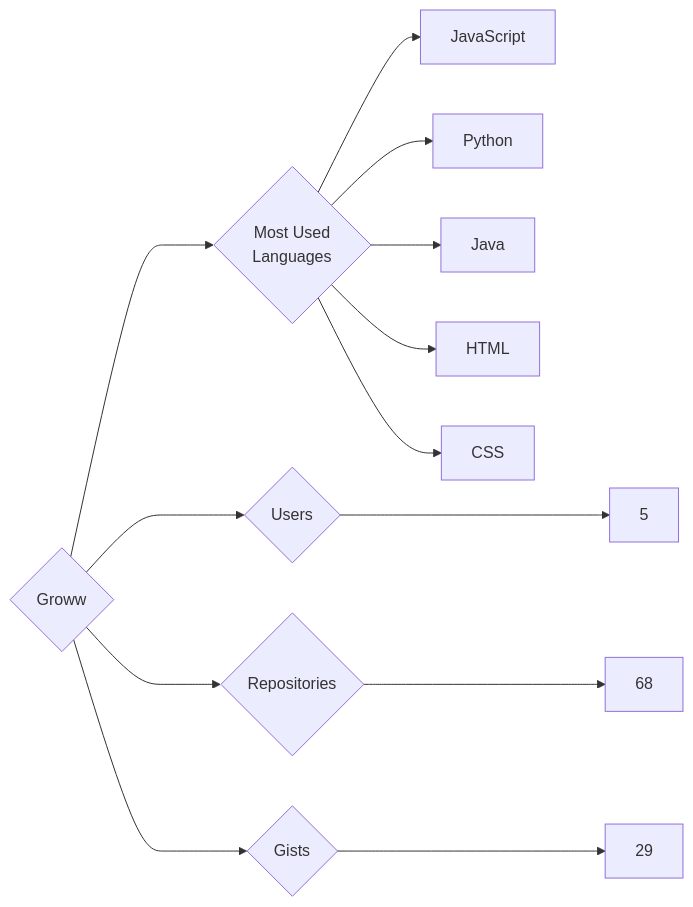
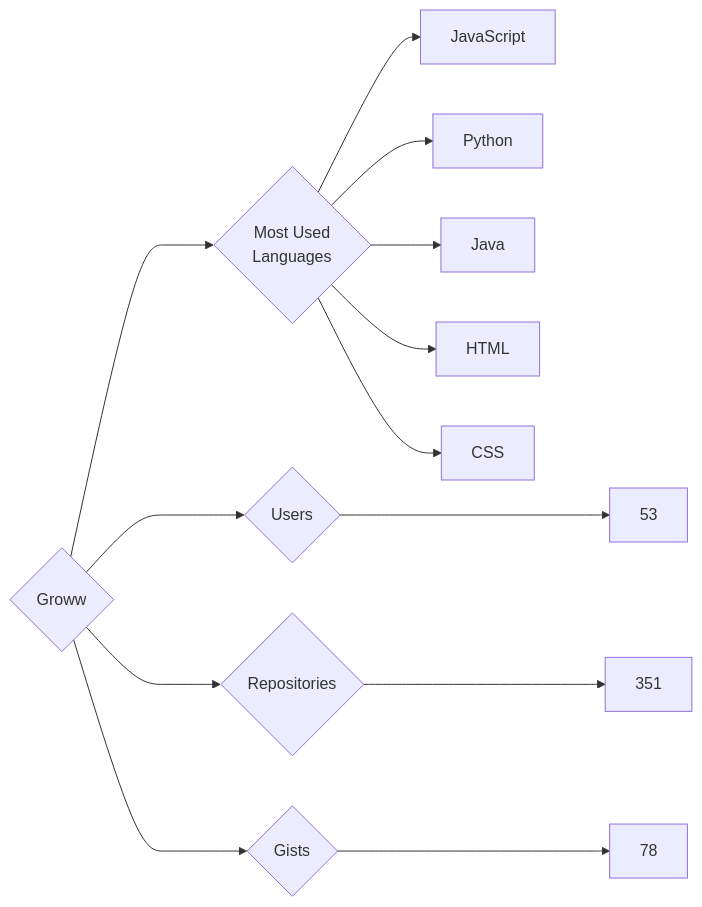
Before and after one commit to trickest/insiders: the diagram in targets/Groww/README.md, drawn with Mermaid. The commit also changed 951 other files, not shown here.

````diff
--- a/targets/Groww/README.md
+++ b/targets/Groww/README.md
@@ -3,13 +3,13 @@
 ```mermaid
 graph LR
 COMPANY_NAME{Groww}
-COMPANY_NAME ---> U{Users} ---> UN[5]
-COMPANY_NAME ---> R{Repositories} ---> RN[68]
-COMPANY_NAME ---> G{Gists} ---> GN[29]
+COMPANY_NAME ---> U{Users} ---> UN[53]
+COMPANY_NAME ---> R{Repositories} ---> RN[351]
+COMPANY_NAME ---> G{Gists} ---> GN[78]
 COMPANY_NAME ---> ML{Most Used<br>Languages}
-ML --> JavaScript
-ML --> Python
-ML --> Java
-ML --> HTML
-ML --> CSS
+ML --> JavaScript[JavaScript]
+ML --> Python[Python]
+ML --> Java[Java]
+ML --> HTML[HTML]
+ML --> CSS[CSS]
 ```
````
